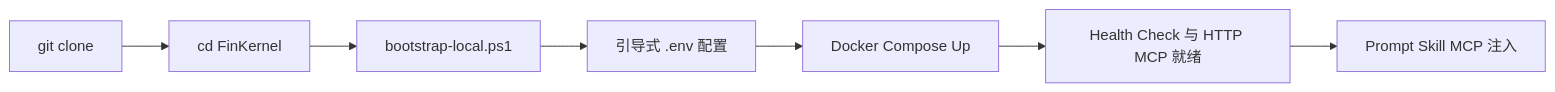
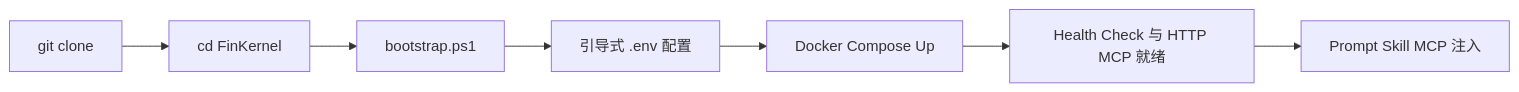
One commit to JiwenS/FinKernel changed the second of 2 diagrams in docs/readme_lang/README.zh-CN.md. Above: the diagram before and after it, drawn with Mermaid. The commit also changed other lines of this file and 36 other files, not shown here.

````diff
--- a/docs/readme_lang/README.zh-CN.md
+++ b/docs/readme_lang/README.zh-CN.md
@@ -138,9 +138,9 @@
 ```mermaid
 flowchart LR
     A[git clone] --> B[cd FinKernel]
-    B --> C[bootstrap-local.ps1]
+    B --> C[bootstrap.ps1]
     C --> D[引导式 .env 配置]
     D --> E[Docker Compose Up]
     E --> F[Health Check 与 HTTP MCP 就绪]
     F --> G[Prompt Skill MCP 注入]
 ```
````
